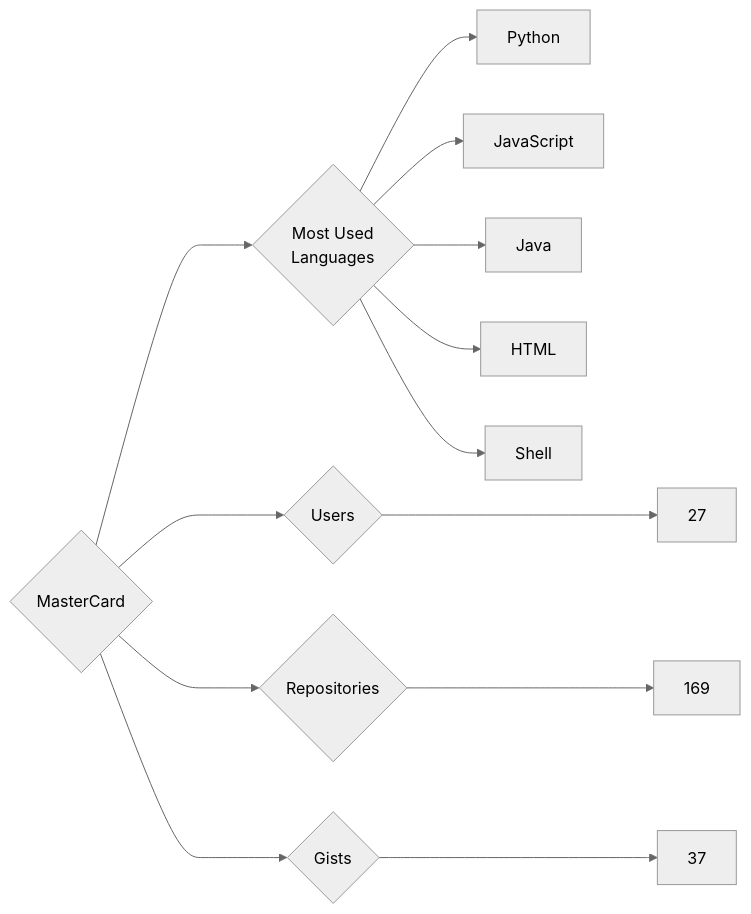
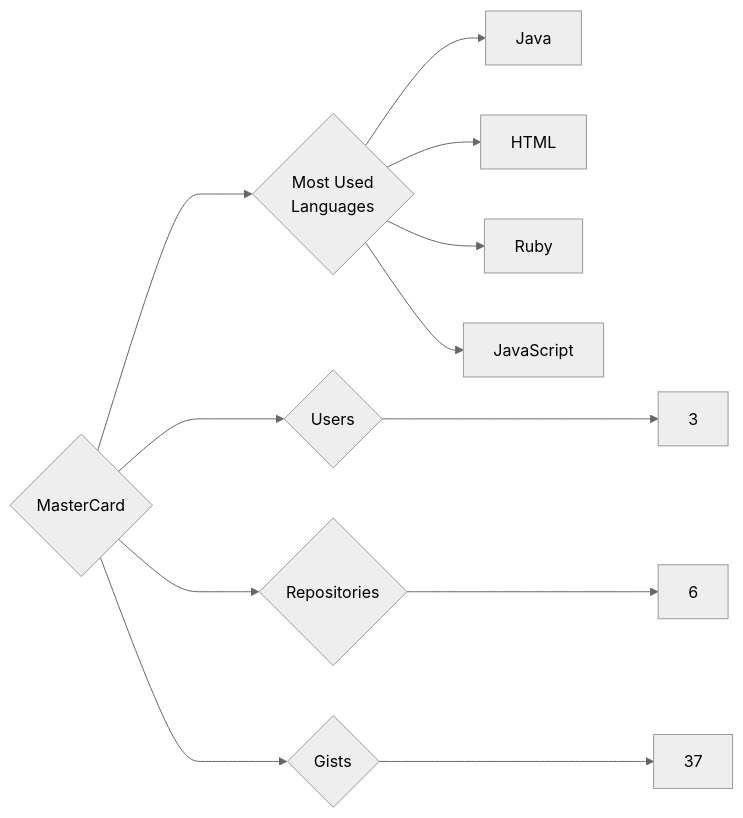
Before and after one commit to trickest/insiders: the diagram in targets/MasterCard/README.md, drawn with Mermaid (neutral theme). The commit also changed 582 other files, not shown here.

````diff
--- a/targets/MasterCard/README.md
+++ b/targets/MasterCard/README.md
@@ -3,13 +3,12 @@
 ```mermaid
 graph LR
 COMPANY_NAME{MasterCard}
-COMPANY_NAME ---> U{Users} ---> UN[27]
-COMPANY_NAME ---> R{Repositories} ---> RN[169]
+COMPANY_NAME ---> U{Users} ---> UN[3]
+COMPANY_NAME ---> R{Repositories} ---> RN[6]
 COMPANY_NAME ---> G{Gists} ---> GN[37]
 COMPANY_NAME ---> ML{Most Used<br>Languages}
-ML --> Python[Python]
-ML --> JavaScript[JavaScript]
 ML --> Java[Java]
 ML --> HTML[HTML]
-ML --> Shell[Shell]
+ML --> Ruby[Ruby]
+ML --> JavaScript[JavaScript]
 ```
````
